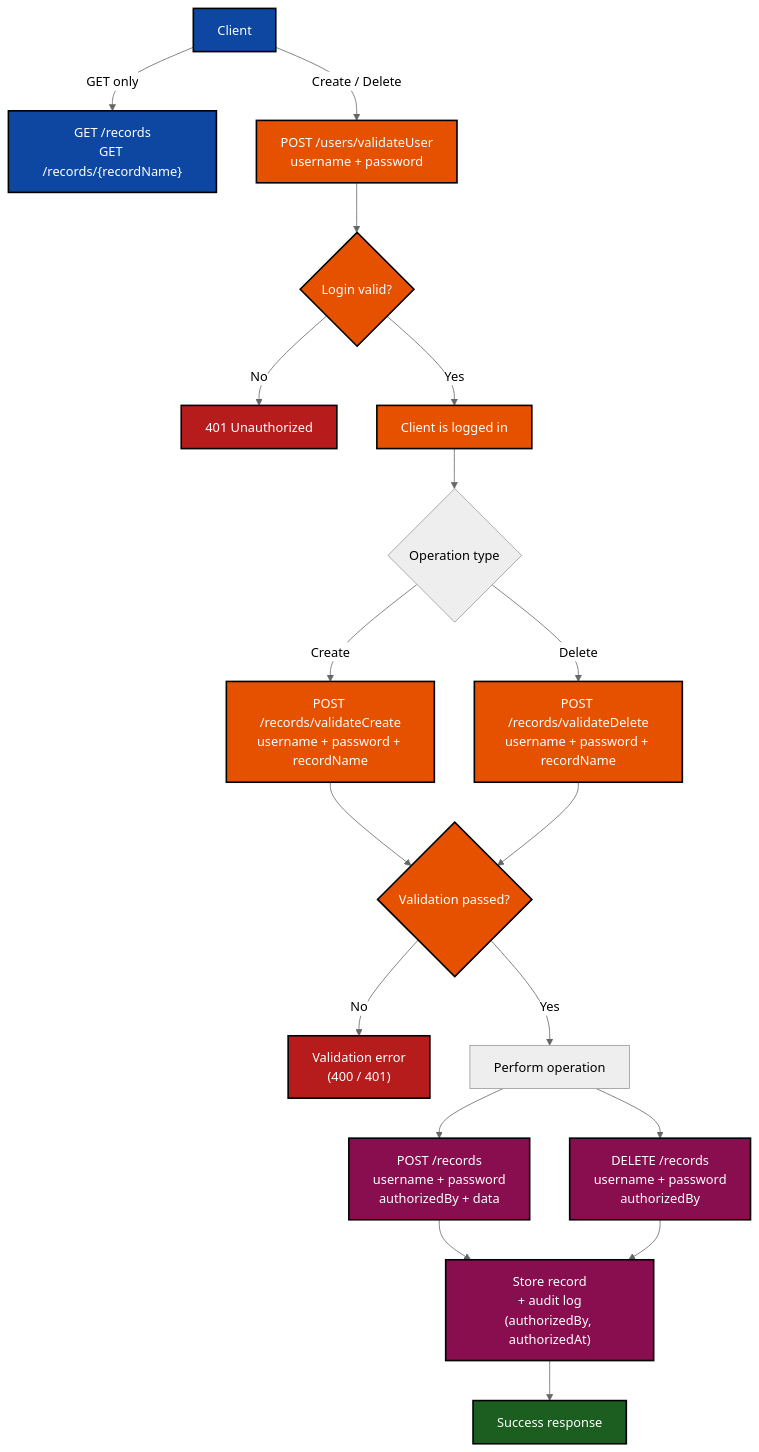
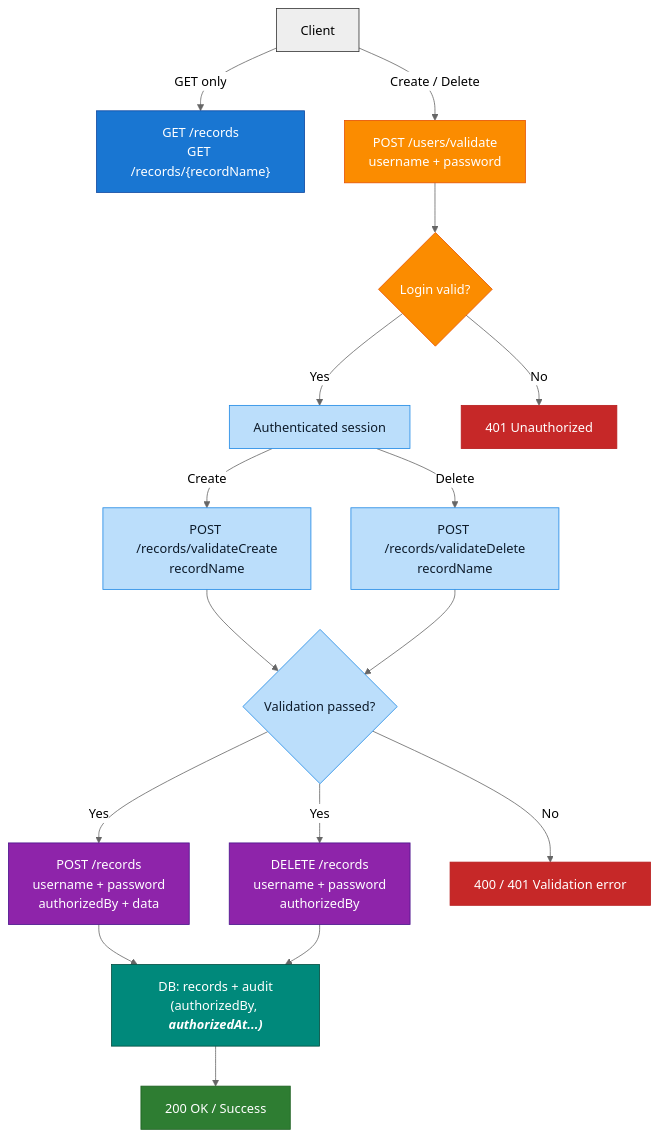
Before and after one commit to MapColonies/3d-extractable-management: the diagram in README.md, drawn with Mermaid (neutral theme). The commit also changed 7 other files, not shown here.

````diff
--- a/README.md
+++ b/README.md
@@ -28,41 +28,64 @@
 ``` mermaid
 flowchart TD
-    A["Client"] -->|GET only| G1["GET /records<br/>GET /records/{recordName}"]
+    A["Client"]
 
-    A -->|Create / Delete| B["POST /users/validateUser<br/>username + password"]
+    G1["GET /records<br/>GET /records/{recordName}"]
 
-    B --> C{"Login valid?"}
-    C -->|No| E1["401 Unauthorized"]
-    C -->|Yes| D["Client is logged in"]
+    B["POST /users/validate<br/>username + password"]
+    C{"Login valid?"}
+    D["Authenticated session"]
 
-    D --> E{"Operation type"}
+    F1["POST /records/validateCreate<br/>recordName"]
+    F2["POST /records/validateDelete<br/>recordName"]
+    V{"Validation passed?"}
 
-    E -->|Create| F1["POST /records/validateCreate<br/>username + password + recordName"]
-    E -->|Delete| F2["POST /records/validateDelete<br/>username + password + recordName"]
+    I1["POST /records<br/>username + password<br/>authorizedBy + data"]
+    I2["DELETE /records<br/>username + password<br/>authorizedBy"]
 
-    F1 --> V{"Validation passed?"}
+    J["DB: records + audit<br/>(authorizedBy, <b><i>authorizedAt...)</i></b>"]
+
+    S["200 OK / Success"]
+    E1["401 Unauthorized"]
+    E2["400 / 401 Validation error"]
+
+    A -->|GET only| G1
+
+    A -->|Create / Delete| B
+    B --> C
+    C -->|No| E1
+    C -->|Yes| D
+
+    D -->|Create| F1
+    D -->|Delete| F2
+
+    F1 --> V
     F2 --> V
 
-    V -->|No| E2["Validation error<br/>(400 / 401)"]
-    V -->|Yes| H["Perform operation"]
+    V -->|No| E2
+    V -->|Yes| I1
+    V -->|Yes| I2
 
-    H --> I1["POST /records<br/>username + password<br/>authorizedBy + data"]
-    H --> I2["DELETE /records<br/>username + password<br/>authorizedBy"]
+    I1 --> J
+    I2 --> J
+    J --> S
 
-    I1 --> J["Store record<br/>+ audit log<br/>(authorizedBy, authorizedAt)"]
-    I2 --> J
+    classDef client fill:#eeeeee,stroke:#333,color:#000
+    classDef public fill:#1976d2,stroke:#0d47a1,color:#fff
+    classDef auth fill:#fb8c00,stroke:#e65100,color:#fff
+    classDef logic fill:#bbdefb,stroke:#1e88e5,color:#0d1b2a
+    classDef secure fill:#8e24aa,stroke:#4a148c,color:#fff
+    classDef storage fill:#00897b,stroke:#004d40,color:#fff
+    classDef success fill:#2e7d32,stroke:#1b5e20,color:#fff
+    classDef error fill:#c62828,stroke:#b71c1c,color:#fff
 
-    J --> S["Success response"]
+    class A client
+    class G1 public
 
-    classDef public fill:#0d47a1,stroke:#000,color:#ffffff,stroke-width:2px
-    classDef auth fill:#e65100,stroke:#000,color:#ffffff,stroke-width:2px
-    classDef secure fill:#880e4f,stroke:#000,color:#ffffff,stroke-width:2px
-    classDef success fill:#1b5e20,stroke:#000,color:#ffffff,stroke-width:2px
-    classDef error fill:#b71c1c,stroke:#000,color:#ffffff,stroke-width:2px
+    class B,C auth
+    class D,F1,F2,V logic
 
-    class A,G1 public
-    class B,C,D,F1,F2,V auth
-    class I1,I2,J secure
+    class I1,I2 secure
+    class J storage
     class S success
     class E1,E2 error
 ```
````
